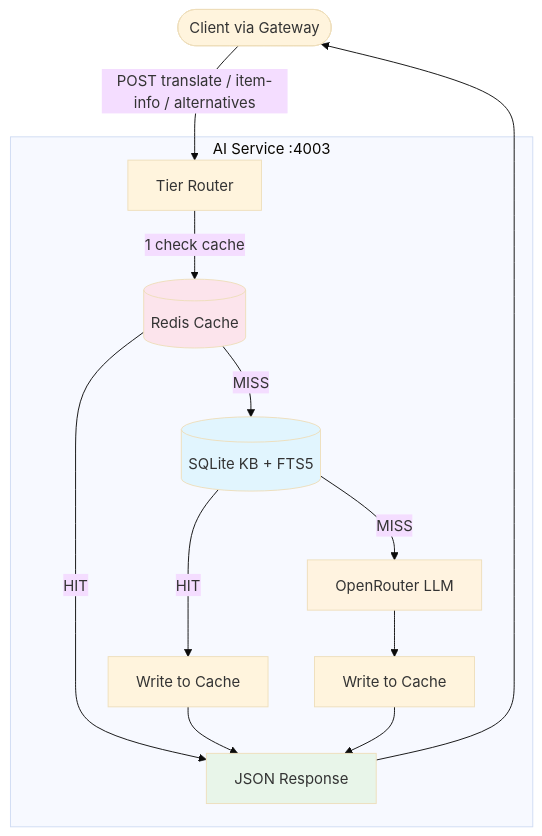
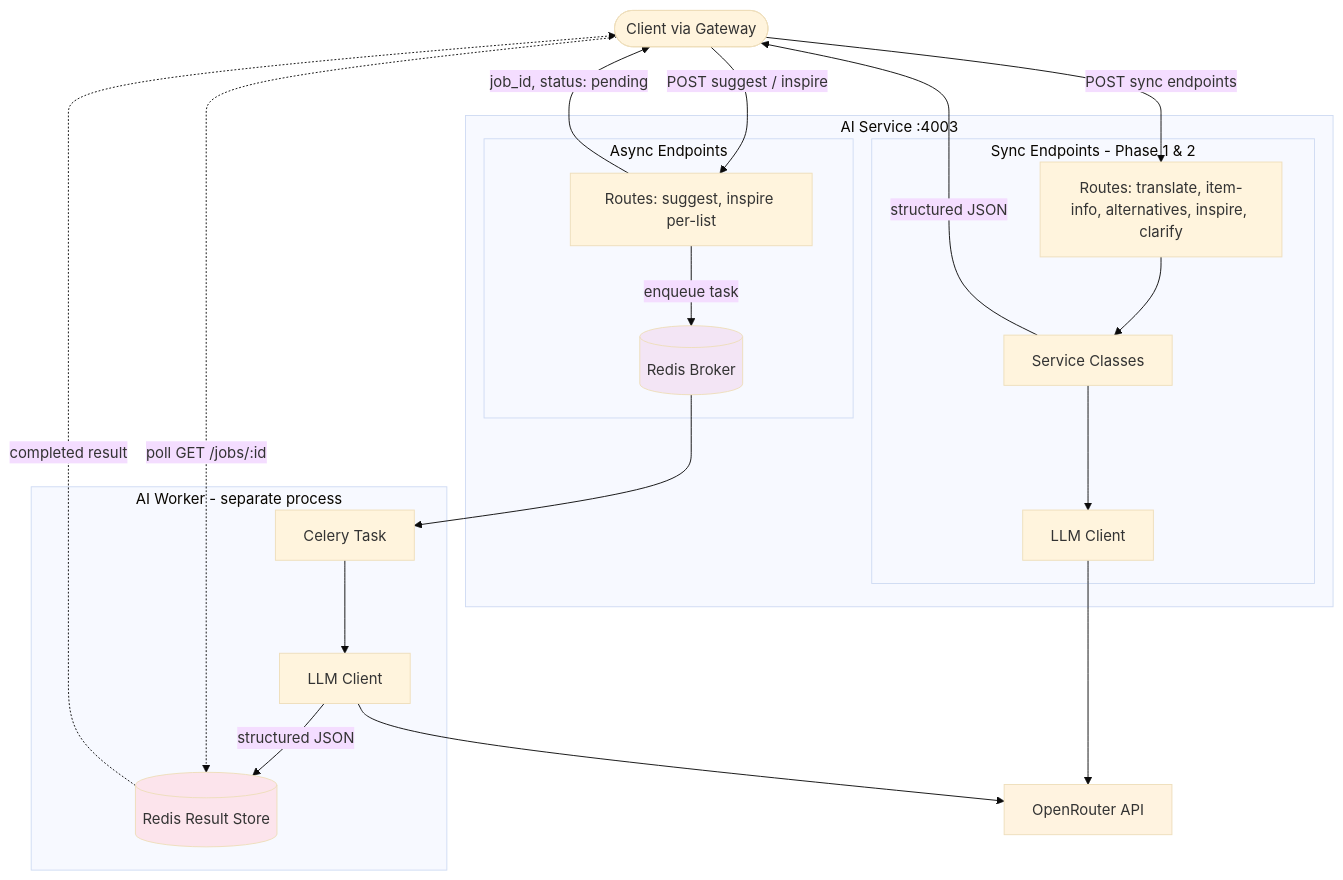
The first of 3 diagrams in services/ai-service/docs_AI_service/phased_plan.md (iDako7/SmartGroceryAssistant), drawn with Mermaid (base theme) before and after one commit. The commit also changed other lines of this file and 12 other files, not shown here.

````diff
--- a/services/ai-service/docs_AI_service/phased_plan.md
+++ b/services/ai-service/docs_AI_service/phased_plan.md
@@ -93,31 +96,45 @@
 ```mermaid
 graph TD
     Client([Client via Gateway])
 
     subgraph AIService[AI Service :4003]
-        Router[Tier Router]
-        Cache[(Redis Cache)]
-        KB[(SQLite KB + FTS5)]
-        LLM[OpenRouter LLM]
-        WriteCache1[Write to Cache]
-        WriteCache2[Write to Cache]
-        Response[JSON Response]
+        subgraph SyncFlow[Sync Endpoints - Phase 1 & 2]
+            SyncRoutes[Routes: translate, item-info, alternatives, inspire, clarify]
+            Services[Service Classes]
+            LLMClient[LLM Client]
 
-        Router -->|1 check cache| Cache
-        Cache -->|HIT| Response
-        Cache -->|MISS| KB
-        KB -->|HIT| WriteCache1
-        KB -->|MISS| LLM
-        LLM --> WriteCache2
-        WriteCache1 --> Response
-        WriteCache2 --> Response
+            SyncRoutes --> Services --> LLMClient
+        end
+
+        subgraph AsyncFlow[Async Endpoints]
+            AsyncRoutes[Routes: suggest, inspire per-list]
+            CeleryBroker[(Redis Broker)]
+
+            AsyncRoutes -->|enqueue task| CeleryBroker
+        end
     end
 
-    Client -->|POST translate / item-info / alternatives| Router
-    Response --> Client
+    subgraph Worker[AI Worker - separate process]
+        CeleryTask[Celery Task]
+        WorkerLLM[LLM Client]
+        ResultStore[(Redis Result Store)]
 
-    style Cache fill:#fce4ec
-    style KB fill:#e1f5fe
-    style LLM fill:#fff3e0
-    style Response fill:#e8f5e9
+        CeleryTask --> WorkerLLM -->|structured JSON| ResultStore
+    end
+
+    CeleryBroker --> CeleryTask
+
+    Client -->|POST sync endpoints| SyncRoutes
+    Services -->|structured JSON| Client
+    Client -->|POST suggest / inspire| AsyncRoutes
+    AsyncRoutes -->|job_id, status: pending| Client
+    Client -.->|poll GET /jobs/:id| ResultStore
+    ResultStore -.->|completed result| Client
+
+    LLMClient --> OpenRouter[OpenRouter API]
+    WorkerLLM --> OpenRouter
+
+    style CeleryBroker fill:#f3e5f5
+    style ResultStore fill:#fce4ec
+    style OpenRouter fill:#fff3e0
 ```
````
